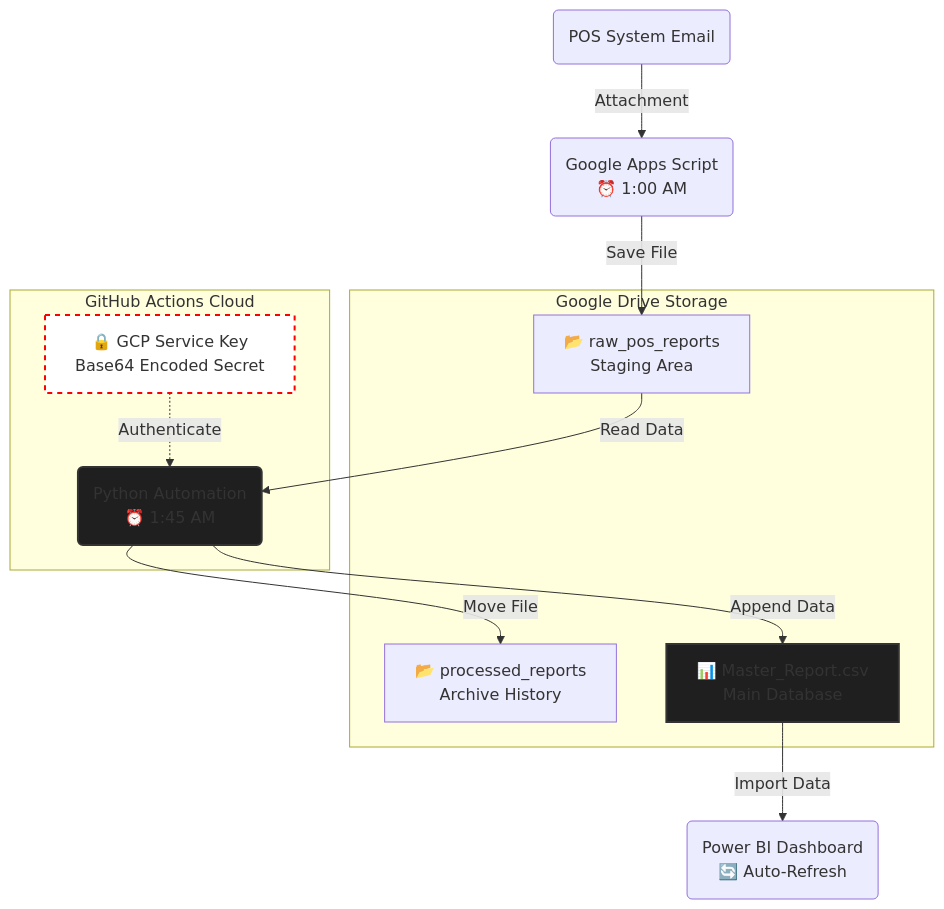
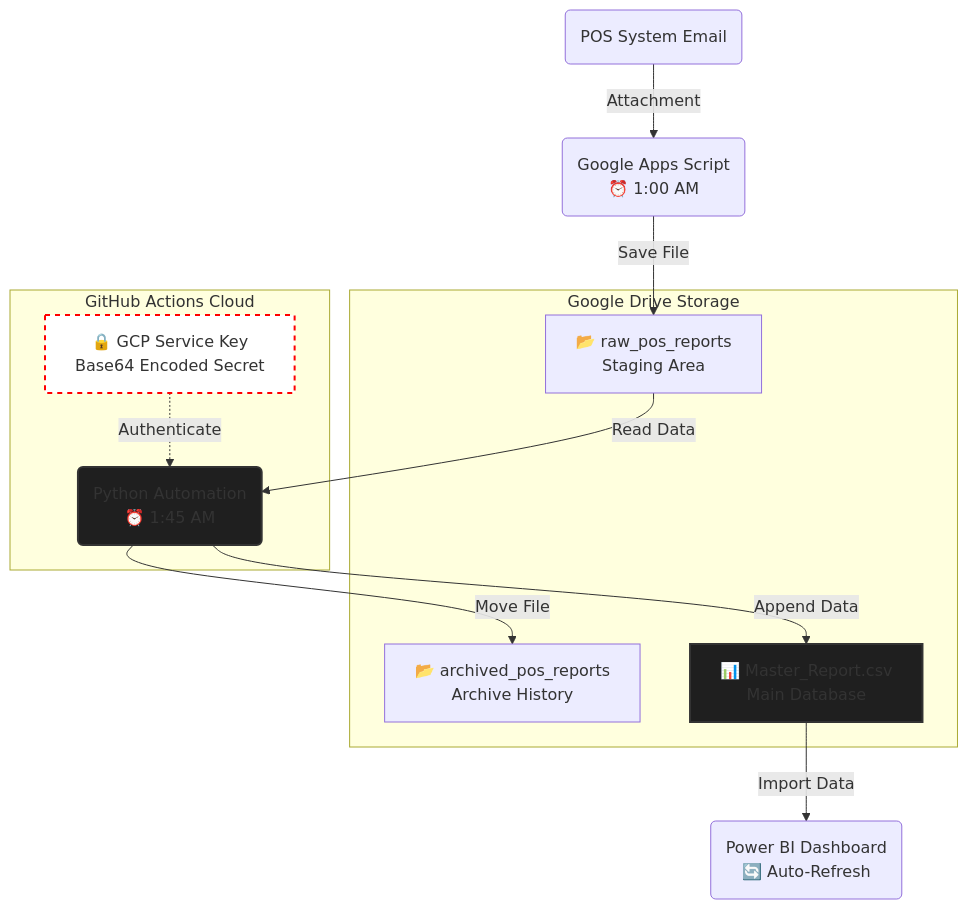
One commit to robimengote/Automated-Cloud-ETL-Pipeline-for-Retail-Sales-Analytics changed the diagram in README.md. Above: the diagram before and after it, drawn with Mermaid. The commit also changed other lines of this file, not shown here.

````diff
--- a/README.md
+++ b/README.md
@@ -4,36 +9,36 @@
 ```mermaid
 graph TD
     %% Nodes
     POS(POS System Email)
     GAS(Google Apps Script <br/> ⏰ 1:00 AM)
     
     subgraph Google_Drive [Google Drive Storage]
         RAW[📂 raw_pos_reports <br/> Staging Area]
-        ARCHIVE[📂 processed_reports <br/> Archive History]
-        MASTER[📊 Master_Report.csv <br/> Main Database]
+        ARCHIVE_POS_REPORTS[📂 archived_pos_reports <br/> Archive History]
+        MASTER_REPORT_FILE[📊 Master_Report.csv <br/> Main Database]
     end
     
     subgraph GitHub_Cloud [GitHub Actions Cloud]
         PY(Python Automation <br/> ⏰ 1:45 AM)
         SECRET[🔒 GCP Service Key <br/> Base64 Encoded Secret]
     end
     
     PBI(Power BI Dashboard <br/> 🔄 Auto-Refresh)
     
     %% Connections
     POS -->|Attachment| GAS
     GAS -->|Save File| RAW
     
     RAW -->|Read Data| PY
     SECRET -.->|Authenticate| PY
     
-    PY -->|Append Data| MASTER
-    PY -->|Move File| ARCHIVE
+    PY -->|Append Data| MASTER_REPORT_FILE
+    PY -->|Move File| ARCHIVE_POS_REPORTS
     
-    MASTER -->|Import Data| PBI
+    MASTER_REPORT_FILE -->|Import Data| PBI
     
     %% Styling
     style PY fill:#1F1F1F,stroke:#333,stroke-width:2px
-    style MASTER fill:#1F1F1F,stroke:#333,stroke-width:2px
+    style MASTER_REPORT_FILE fill:#1F1F1F,stroke:#333,stroke-width:2px
     style SECRET fill:#fff,stroke:#f00,stroke-width:2px,stroke-dasharray: 5 5
 ```
````
